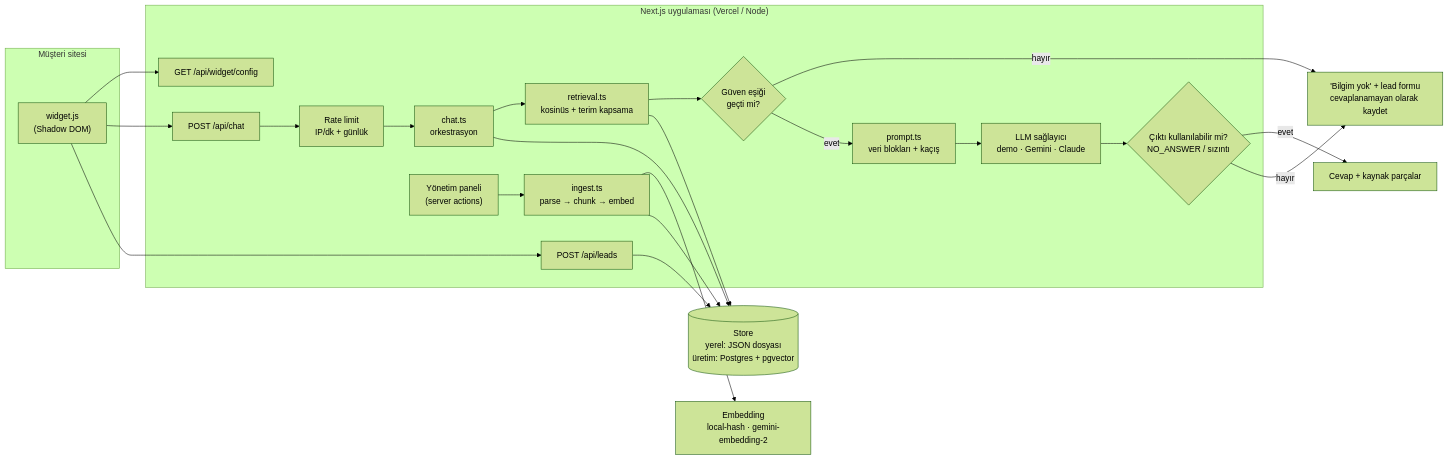
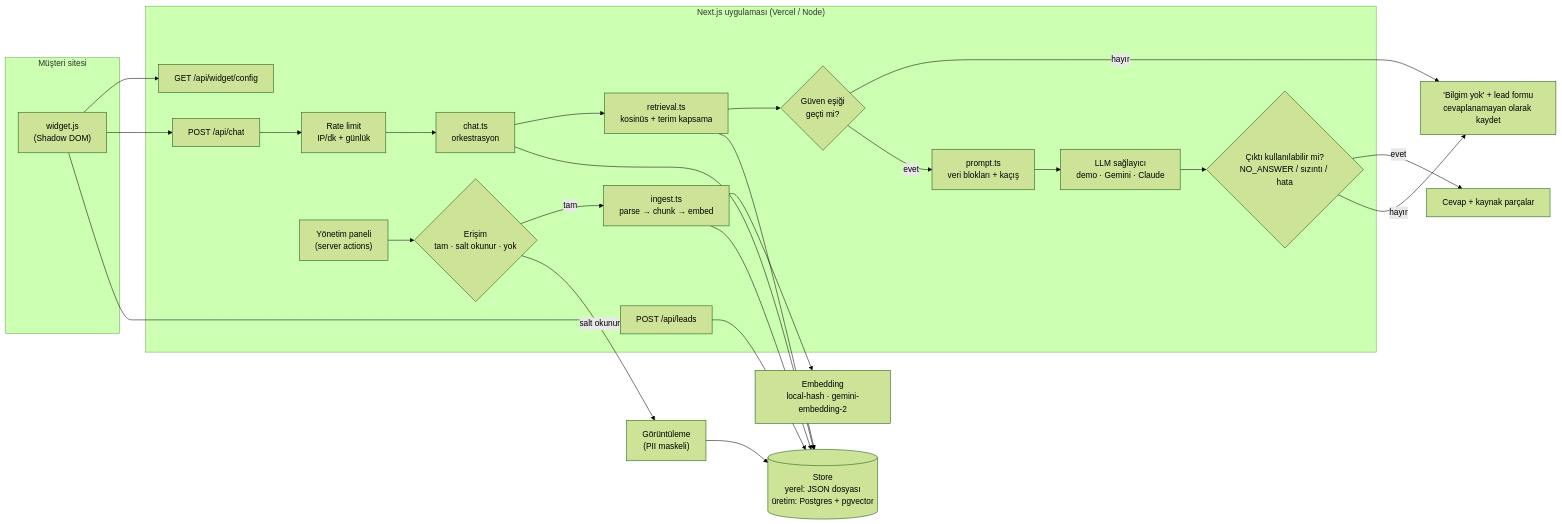
The diagram in README.md (alkanefe22/ai-support-assistant), drawn with Mermaid (forest theme) before and after one commit. The commit also changed other lines of this file and 12 other files, not shown here.

````diff
--- a/README.md
+++ b/README.md
@@ -44,36 +61,39 @@
 ```mermaid
 flowchart LR
   subgraph Host["Müşteri sitesi"]
     W["widget.js<br/>(Shadow DOM)"]
   end
 
   subgraph App["Next.js uygulaması (Vercel / Node)"]
     CFG["GET /api/widget/config"]
     CHAT["POST /api/chat"]
     LEAD["POST /api/leads"]
     RL["Rate limit<br/>IP/dk + günlük"]
     ORCH["chat.ts<br/>orkestrasyon"]
     RET["retrieval.ts<br/>kosinüs + terim kapsama"]
     GATE{"Güven eşiği<br/>geçti mi?"}
     PROMPT["prompt.ts<br/>veri blokları + kaçış"]
     LLM["LLM sağlayıcı<br/>demo · Gemini · Claude"]
-    GUARD{"Çıktı kullanılabilir mi?<br/>NO_ANSWER / sızıntı"}
+    GUARD{"Çıktı kullanılabilir mi?<br/>NO_ANSWER / sızıntı / hata"}
     ADMIN["Yönetim paneli<br/>(server actions)"]
+    ACL{"Erişim<br/>tam · salt okunur · yok"}
     ING["ingest.ts<br/>parse → chunk → embed"]
   end
 
   DB[("Store<br/>yerel: JSON dosyası<br/>üretim: Postgres + pgvector")]
   EMB["Embedding<br/>local-hash · gemini-embedding-2"]
 
   W --> CFG
   W --> CHAT --> RL --> ORCH --> RET --> GATE
   GATE -- hayır --> HO["'Bilgim yok' + lead formu<br/>cevaplanamayan olarak kaydet"]
   GATE -- evet --> PROMPT --> LLM --> GUARD
   GUARD -- evet --> ANS["Cevap + kaynak parçalar"]
   GUARD -- hayır --> HO
   W --> LEAD --> DB
-  ADMIN --> ING --> EMB
+  ADMIN --> ACL
+  ACL -- tam --> ING --> EMB
   ING --> DB
+  ACL -- salt okunur --> VIEW["Görüntüleme<br/>(PII maskeli)"] --> DB
   RET --> DB
   ORCH --> DB
 ```
````
